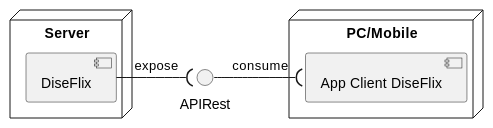
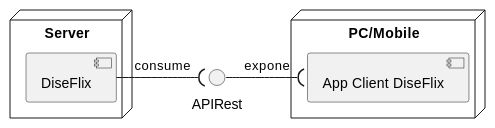
Before and after one commit to nicopiacentini/cursada-utn: the third of 9 diagrams in diseno-de-sistemas/obsidian-clases/Arquitectura-Escobar's version.md, drawn with PlantUML. The commit also changed other lines of this file and 71 other files, not shown here.

````diff
--- a/diseno-de-sistemas/obsidian-clases/Arquitectura-Escobar's version.md
+++ b/diseno-de-sistemas/obsidian-clases/Arquitectura-Escobar's version.md
@@ -16,25 +15,25 @@
 ```plantuml
 @startuml
 skinparam componentStyle uml2
 skinparam shadowing false
 skinparam rectangleStyle rounded
 
 node "PC/Mobile" {
     component "App Client DiseFlix" as Client
 }
 
 node "Server" {
     component "DiseFlix" as ServerApp
 }
 
 interface "APIRest" as APIRest
 
 ' Provided interface (lollipop)
-ServerApp -( APIRest : expose
+ServerApp -( APIRest : consume
 
 ' Required interface (socket)
-Client )- APIRest : consume
+Client )- APIRest : expone
 
 @enduml
 
 ```
````
